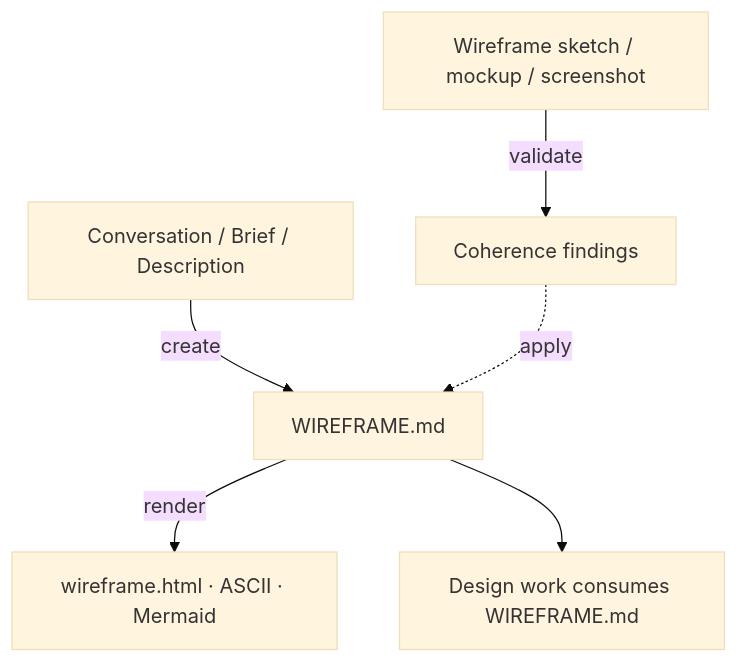
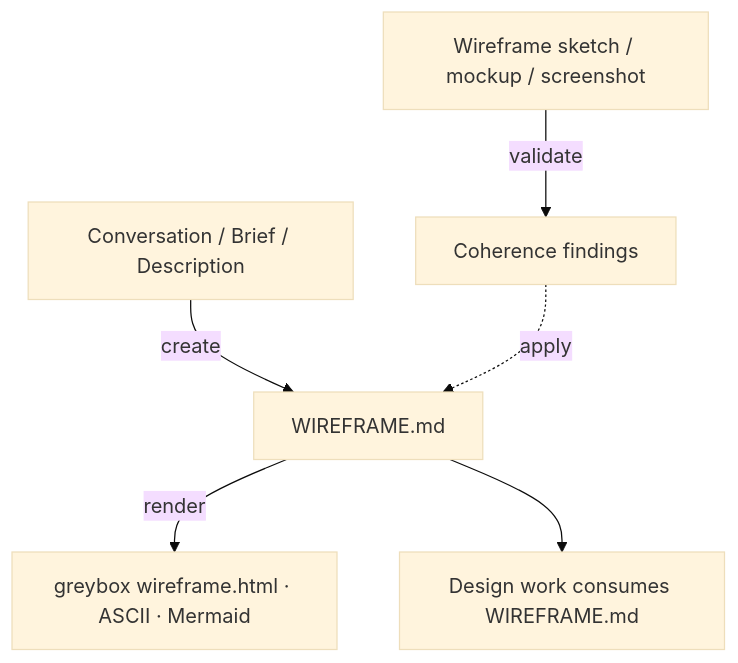
The diagram in skills/product/wireframe-sketch/README.md (adeonir/agent-skills), drawn with Mermaid (base theme) before and after one commit. The commit also changed other lines of this file and 5 other files, not shown here.

First line of the commit message:
feat(wireframe-sketch): render a greybox by default

````diff
--- a/skills/product/wireframe-sketch/README.md
+++ b/skills/product/wireframe-sketch/README.md
@@ -7,8 +7,8 @@
 ```mermaid
 flowchart TD
     Conv[Conversation / Brief / Description] -->|create| B[WIREFRAME.md]
     Wire[Wireframe sketch / mockup / screenshot] -->|validate| F[Coherence findings]
     F -.->|apply| B
-    B -->|render| H[wireframe.html · ASCII · Mermaid]
+    B -->|render| H[greybox wireframe.html · ASCII · Mermaid]
     B --> D[Design work consumes WIREFRAME.md]
 ```
````
